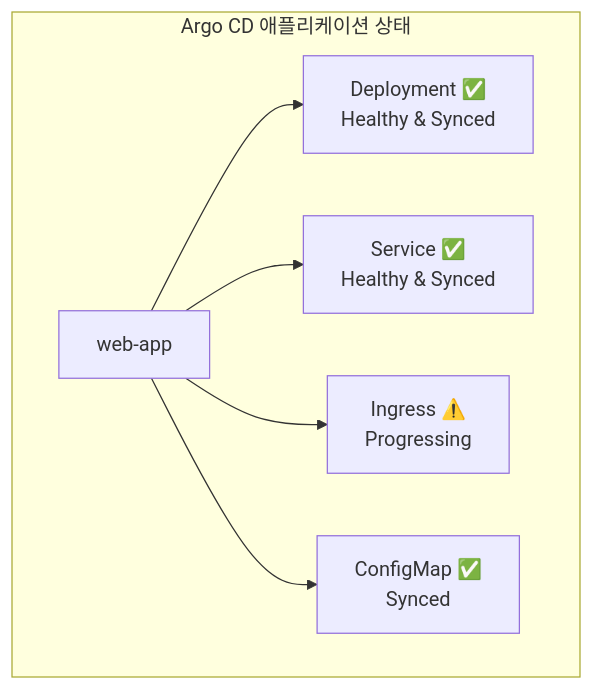
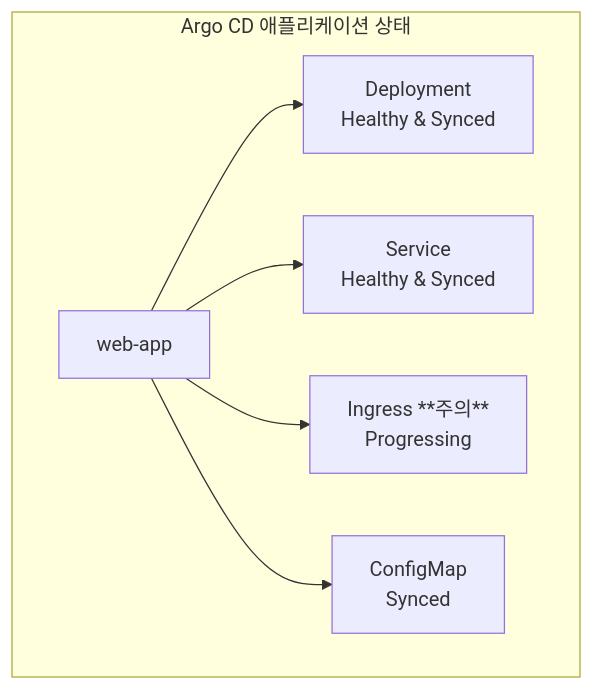
Before and after one commit to juwon8891/juwon8891.github.io: diagram 14 of 41 in docs/cicd/week1-image-build.md, drawn with Mermaid. The commit also changed other lines of this file and 25 other files, not shown here.

````diff
--- a/docs/cicd/week1-image-build.md
+++ b/docs/cicd/week1-image-build.md
@@ -839,12 +840,13 @@
 ```mermaid
 graph TB
     subgraph "Argo CD 애플리케이션 상태"
         APP[web-app]
 
-        APP --> DEP[Deployment ✅<br/>Healthy & Synced]
-        APP --> SVC[Service ✅<br/>Healthy & Synced]
-        APP --> ING[Ingress ⚠️<br/>Progressing]
-        APP --> CM[ConfigMap ✅<br/>Synced]
+        APP --> DEP[Deployment <br/>Healthy & Synced]
+        APP --> SVC[Service <br/>Healthy & Synced]
+        APP --> ING[Ingress **주의** <br/>Progressing]
+        APP --> CM[ConfigMap <br/>Synced]
 
     end
+
 ```
````
